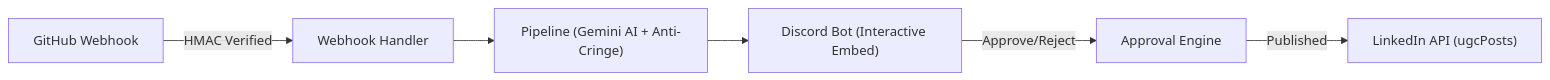
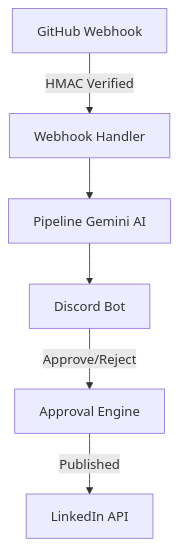
The diagram in README.md (hawksxo/git-to-feed), drawn with Mermaid before and after one commit.

Commit message:
fix(docs): update Mermaid diagram syntax for GitHub renderer compatibility

````diff
--- a/README.md
+++ b/README.md
@@ -67,8 +67,8 @@
 ```mermaid
-flowchart LR
+graph TD
     GH["GitHub Webhook"] -->|HMAC Verified| WH["Webhook Handler"]
-    WH --> PIPE["Pipeline (Gemini AI + Anti-Cringe)"]
-    PIPE --> BOT["Discord Bot (Interactive Embed)"]
+    WH --> PIPE["Pipeline Gemini AI"]
+    PIPE --> BOT["Discord Bot"]
     BOT -->|Approve/Reject| APP["Approval Engine"]
-    APP -->|Published| LI["LinkedIn API (ugcPosts)"]
+    APP -->|Published| LI["LinkedIn API"]
 ```
````
